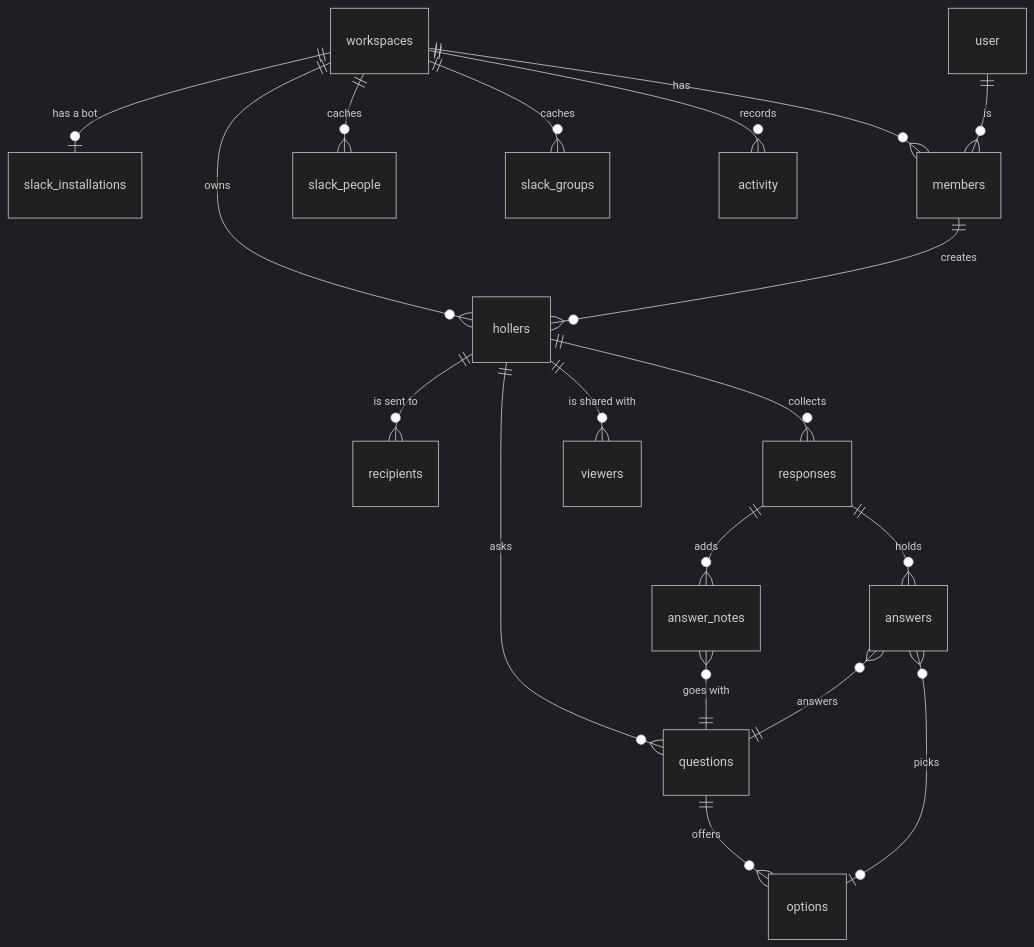
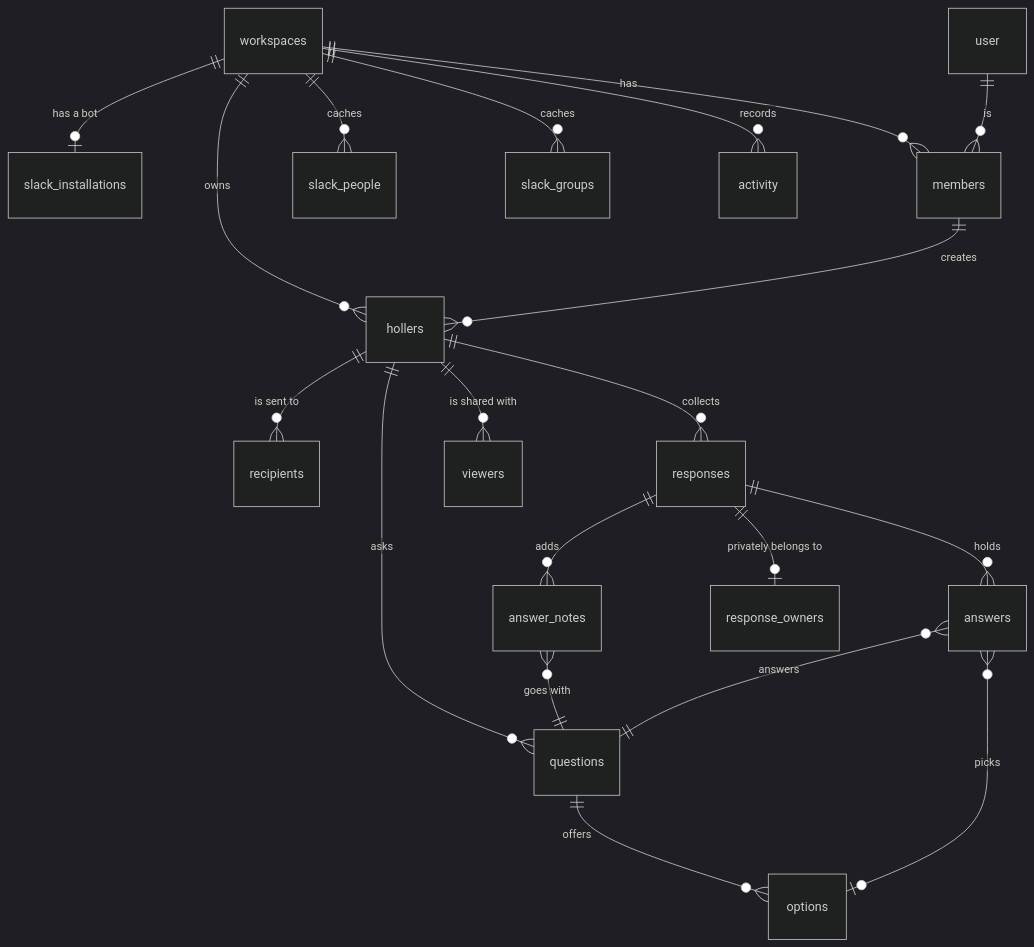
The first of 2 diagrams in docs/data-model.md (krambertech/holler), drawn with Mermaid (dark theme) before and after one commit. The commit also changed other lines of this file and 37 other files, not shown here.

````diff
--- a/docs/data-model.md
+++ b/docs/data-model.md
@@ -5,21 +5,22 @@
 ```mermaid
 erDiagram
   workspaces ||--o| slack_installations : "has a bot"
   workspaces ||--o{ members : "has"
   workspaces ||--o{ slack_people : "caches"
   workspaces ||--o{ slack_groups : "caches"
   workspaces ||--o{ hollers : "owns"
   workspaces ||--o{ activity : "records"
   user ||--o{ members : "is"
   members ||--o{ hollers : "creates"
   hollers ||--o{ questions : "asks"
   questions ||--o{ options : "offers"
   hollers ||--o{ recipients : "is sent to"
   hollers ||--o{ responses : "collects"
   hollers ||--o{ viewers : "is shared with"
   responses ||--o{ answers : "holds"
   responses ||--o{ answer_notes : "adds"
+  responses ||--o| response_owners : "privately belongs to"
   answer_notes }o--|| questions : "goes with"
   answers }o--|| questions : "answers"
   answers }o--o| options : "picks"
 ```
````
